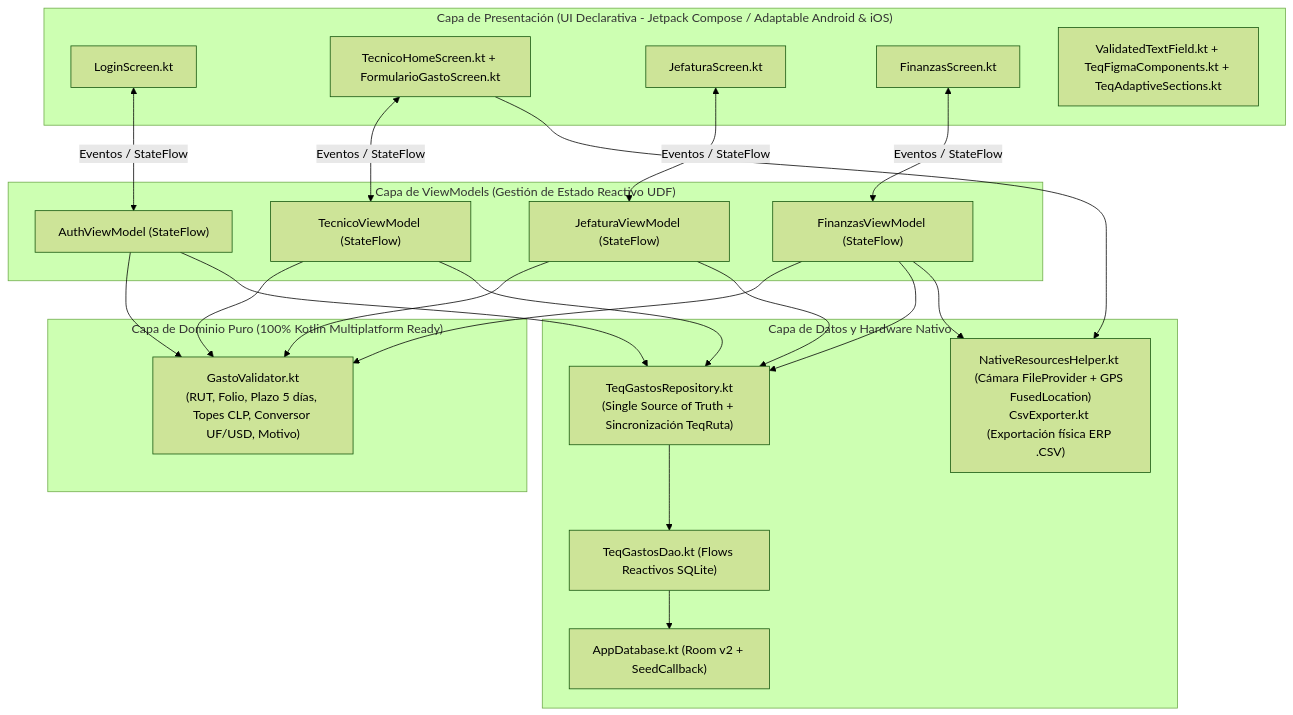
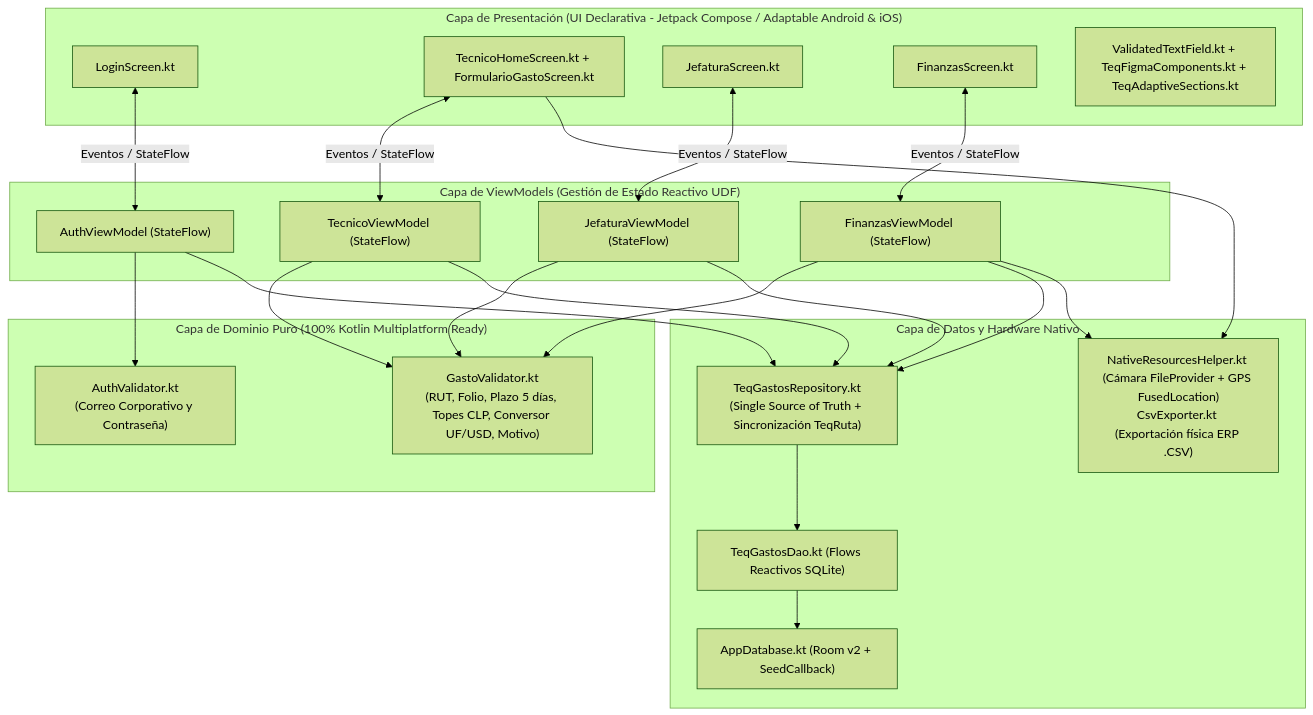
One commit to hoxtxnDev/Proyecto-semestral changed the diagram in docs/01_ARQUITECTURA_Y_PATRONES.md. Above: the diagram before and after it, drawn with Mermaid (forest theme). The commit also changed other lines of this file and 8 other files, not shown here.

Commit message:
feat(domain): implementar AuthValidator y documentar entidades, DAO anti-duplicados y validadores

````diff
--- a/docs/01_ARQUITECTURA_Y_PATRONES.md
+++ b/docs/01_ARQUITECTURA_Y_PATRONES.md
@@ -25,48 +25,49 @@
 ```mermaid
 flowchart TD
     subgraph UI["Capa de Presentación (UI Declarativa - Jetpack Compose / Adaptable Android & iOS)"]
         Login["LoginScreen.kt"]
         Tecnico["TecnicoHomeScreen.kt + FormularioGastoScreen.kt"]
         Jefatura["JefaturaScreen.kt"]
         Finanzas["FinanzasScreen.kt"]
         Components["ValidatedTextField.kt + TeqFigmaComponents.kt + TeqAdaptiveSections.kt"]
     end
 
     subgraph VM["Capa de ViewModels (Gestión de Estado Reactivo UDF)"]
         AuthVM["AuthViewModel (StateFlow)"]
         TecVM["TecnicoViewModel (StateFlow)"]
         JefVM["JefaturaViewModel (StateFlow)"]
         FinVM["FinanzasViewModel (StateFlow)"]
     end
 
     subgraph DOMAIN["Capa de Dominio Puro (100% Kotlin Multiplatform Ready)"]
+        AuthVal["AuthValidator.kt\n(Correo Corporativo y Contraseña)"]
         Validator["GastoValidator.kt\n(RUT, Folio, Plazo 5 días, Topes CLP, Conversor UF/USD, Motivo)"]
     end
 
     subgraph DATA["Capa de Datos y Hardware Nativo"]
         Repo["TeqGastosRepository.kt\n(Single Source of Truth + Sincronización TeqRuta)"]
         Dao["TeqGastosDao.kt (Flows Reactivos SQLite)"]
         RoomDB["AppDatabase.kt (Room v2 + SeedCallback)"]
         Hardware["NativeResourcesHelper.kt (Cámara FileProvider + GPS FusedLocation)\nCsvExporter.kt (Exportación física ERP .CSV)"]
     end
 
     Login <-->|"Eventos / StateFlow"| AuthVM
     Tecnico <-->|"Eventos / StateFlow"| TecVM
     Jefatura <-->|"Eventos / StateFlow"| JefVM
     Finanzas <-->|"Eventos / StateFlow"| FinVM
 
-    AuthVM --> Validator
+    AuthVM --> AuthVal
     TecVM --> Validator
     JefVM --> Validator
     FinVM --> Validator
 
     AuthVM --> Repo
     TecVM --> Repo
     JefVM --> Repo
     FinVM --> Repo
 
     Repo --> Dao
     Dao --> RoomDB
     Tecnico --> Hardware
     FinVM --> Hardware
 ```
````
